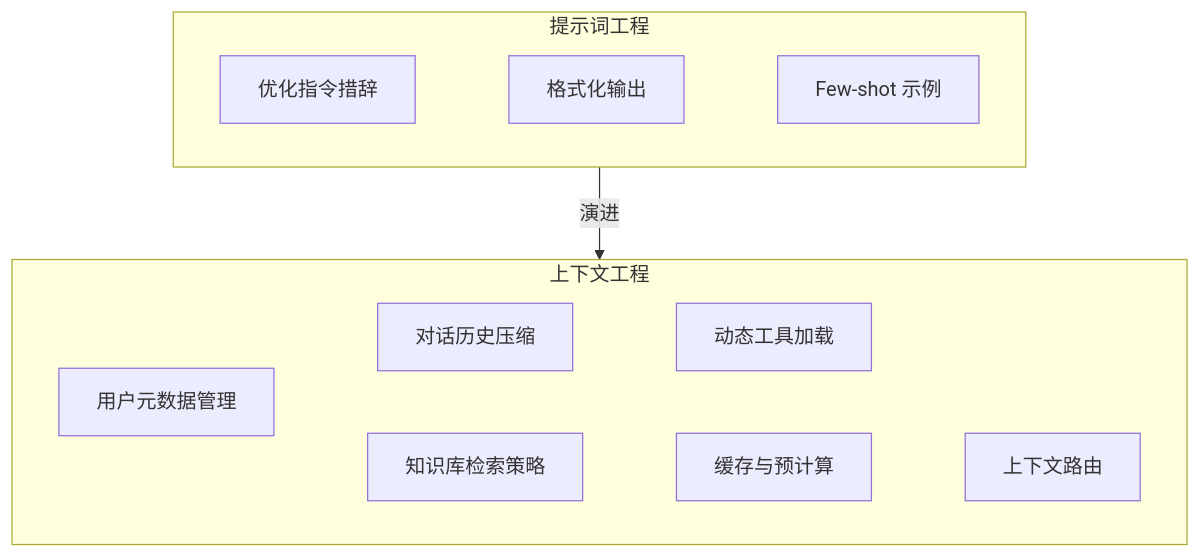
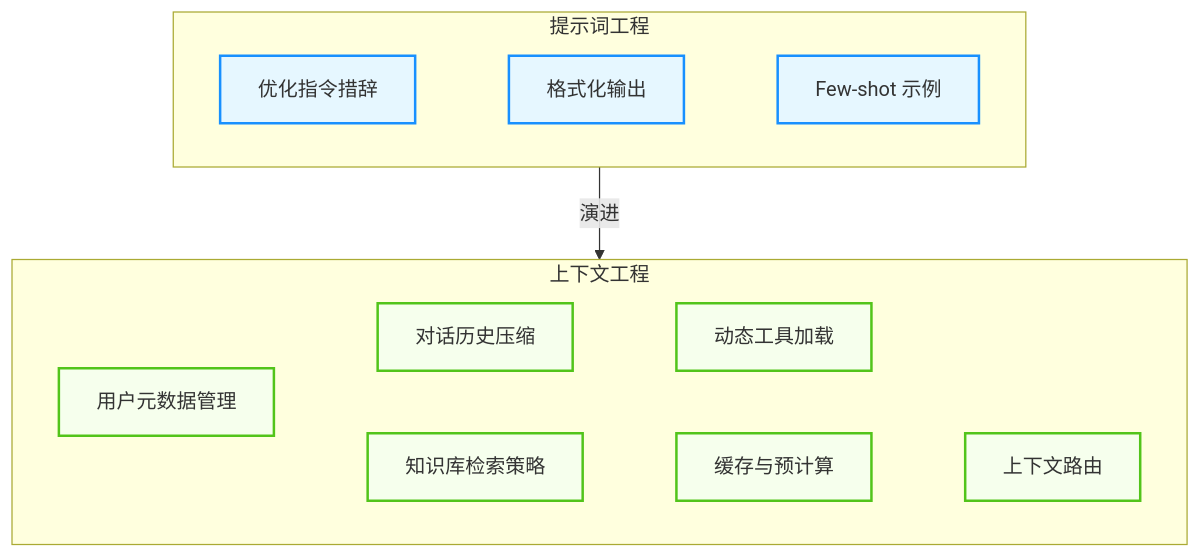
One commit to yeasy/agentic_ai_guide changed the first of 4 diagrams in 03_memory/3.6_context_engineering.md. Above: the diagram before and after it, drawn with Mermaid. The commit also changed other lines of this file and 36 other files, not shown here.

````diff
--- a/03_memory/3.6_context_engineering.md
+++ b/03_memory/3.6_context_engineering.md
@@ -24,13 +24,20 @@
 ```mermaid
 graph TD
+    %% Agentic Design System
+    classDef agent fill:#e6f7ff,stroke:#1890ff,stroke-width:2px;
+    classDef tool fill:#f6ffed,stroke:#52c41a,stroke-width:2px;
+
     subgraph PromptEng["提示词工程"]
         PE1["优化指令措辞"] ~~~ PE2["格式化输出"] ~~~ PE3["Few-shot 示例"]
     end
     
     subgraph ContextEng["上下文工程"]
         CE1["用户元数据管理"] ~~~ CE2["对话历史压缩"] ~~~ CE3["动态工具加载"]
         CE1 ~~~ CE4["知识库检索策略"] ~~~ CE5["缓存与预计算"] ~~~ CE6["上下文路由"]
     end
     
     PromptEng --> |"演进"| ContextEng
+    
+    class PE1,PE2,PE3 agent;
+    class CE1,CE2,CE3,CE4,CE5,CE6 tool;
 ```
````
